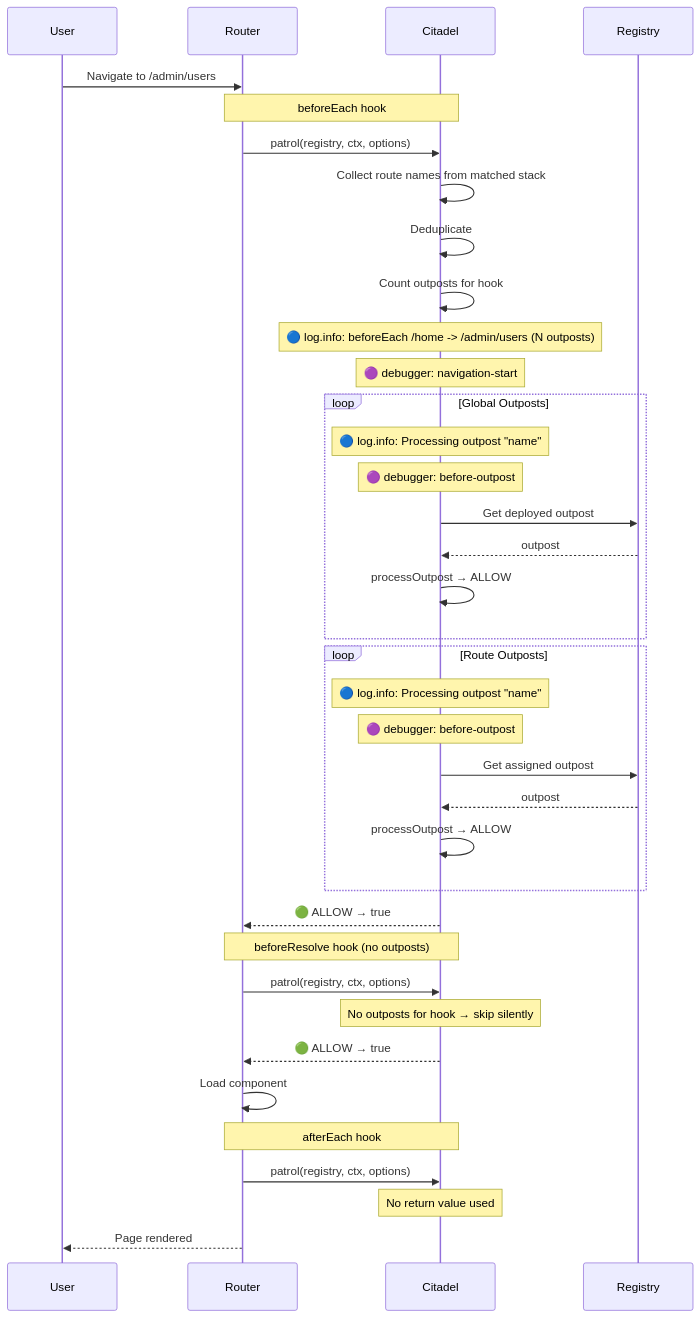
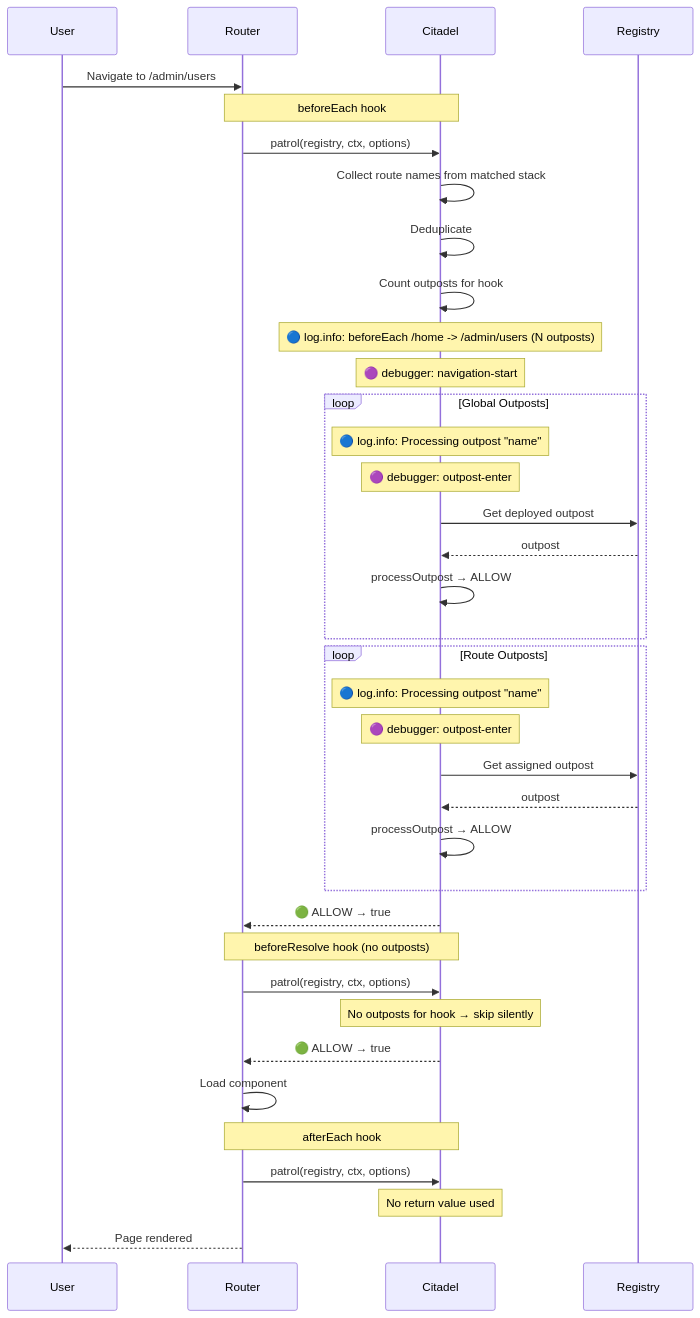
The third of 3 diagrams in docs/advanced/architecture.md (Kassaila/vue-router-citadel), drawn with Mermaid before and after one commit. The commit also changed other lines of this file and 11 other files, not shown here.

````diff
--- a/docs/advanced/architecture.md
+++ b/docs/advanced/architecture.md
@@ -90,50 +90,50 @@
 ```mermaid
 sequenceDiagram
     participant U as User
     participant R as Router
     participant C as Citadel
     participant Reg as Registry
 
     U->>R: Navigate to /admin/users
 
     Note over R,C: beforeEach hook
     R->>C: patrol(registry, ctx, options)
 
     C->>C: Collect route names from matched stack
     C->>C: Deduplicate
     C->>C: Count outposts for hook
 
     Note over C: 🔵 log.info: beforeEach /home -> /admin/users (N outposts)
     Note over C: 🟣 debugger: navigation-start
 
     loop Global Outposts
         Note over C: 🔵 log.info: Processing outpost "name"
-        Note over C: 🟣 debugger: before-outpost
+        Note over C: 🟣 debugger: outpost-enter
         C->>Reg: Get deployed outpost
         Reg-->>C: outpost
         C->>C: processOutpost → ALLOW
     end
 
     loop Route Outposts
         Note over C: 🔵 log.info: Processing outpost "name"
-        Note over C: 🟣 debugger: before-outpost
+        Note over C: 🟣 debugger: outpost-enter
         C->>Reg: Get assigned outpost
         Reg-->>C: outpost
         C->>C: processOutpost → ALLOW
     end
 
     C-->>R: 🟢 ALLOW → true
 
     Note over R,C: beforeResolve hook (no outposts)
     R->>C: patrol(registry, ctx, options)
     Note over C: No outposts for hook → skip silently
     C-->>R: 🟢 ALLOW → true
 
     R->>R: Load component
 
     Note over R,C: afterEach hook
     R->>C: patrol(registry, ctx, options)
     Note over C: No return value used
 
     R-->>U: Page rendered
 ```
````
